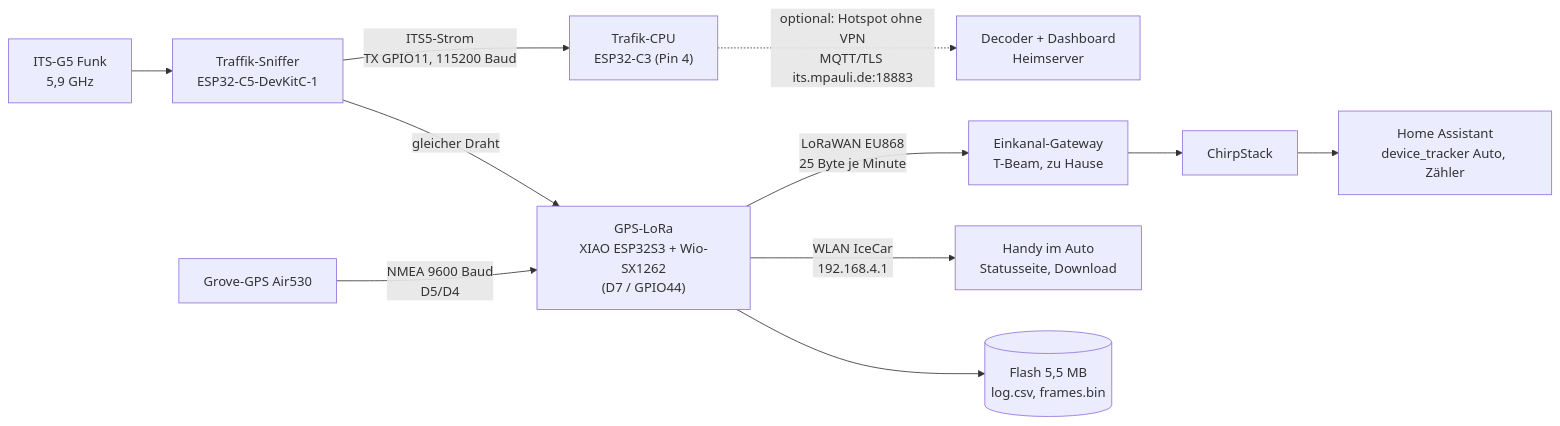
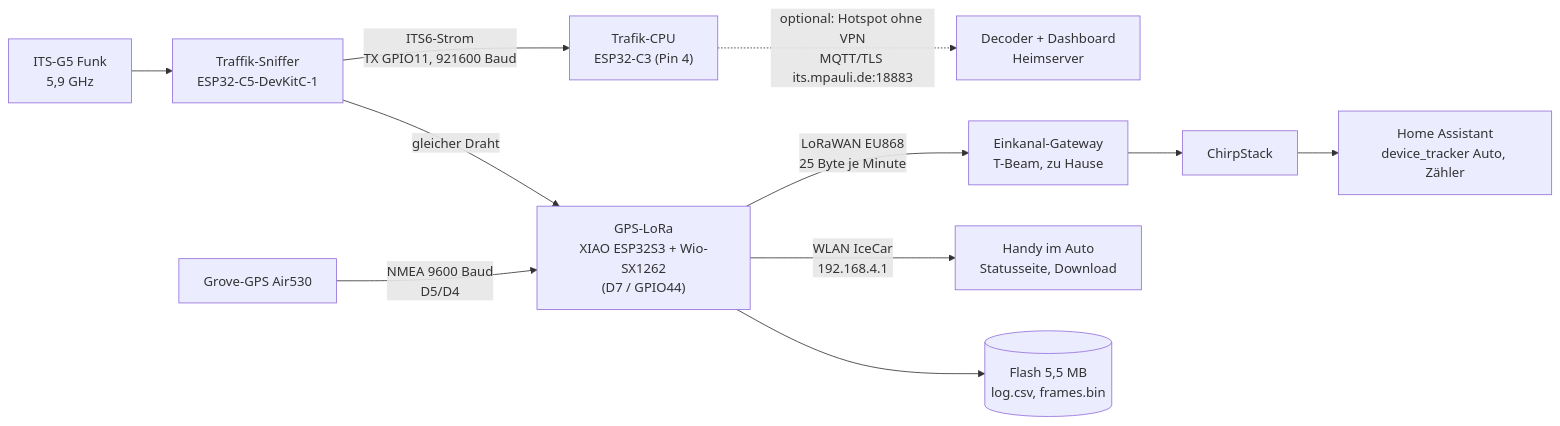
Before and after one commit to icepaule/Ice-Traffic-Data: the diagram in docs/diagrams/18-datenfluss-0.mmd, drawn with Mermaid. The commit also changed 7 other files, not shown here.

Commit message:
Doku: ITS6, 921600 Baud, Mitschnitt aller Pakete, neue Log-Spalten

```diff
--- a/docs/diagrams/18-datenfluss-0.mmd
+++ b/docs/diagrams/18-datenfluss-0.mmd
@@ -1,10 +1,10 @@
 flowchart LR
     ANT["ITS-G5 Funk<br/>5,9 GHz"] --> SN["Traffik-Sniffer<br/>ESP32-C5-DevKitC-1"]
-    SN -- "ITS5-Strom<br/>TX GPIO11, 115200 Baud" --> CPU["Trafik-CPU<br/>ESP32-C3 (Pin 4)"]
+    SN -- "ITS6-Strom<br/>TX GPIO11, 921600 Baud" --> CPU["Trafik-CPU<br/>ESP32-C3 (Pin 4)"]
     SN -- "gleicher Draht" --> GL["GPS-LoRa<br/>XIAO ESP32S3 + Wio-SX1262<br/>(D7 / GPIO44)"]
     GPS["Grove-GPS Air530"] -- "NMEA 9600 Baud<br/>D5/D4" --> GL
     GL -- "LoRaWAN EU868<br/>25 Byte je Minute" --> GW["Einkanal-Gateway<br/>T-Beam, zu Hause"]
     GW --> CS["ChirpStack"] --> HA["Home Assistant<br/>device_tracker Auto, Zähler"]
     GL -- "WLAN IceCar<br/>192.168.4.1" --> PH["Handy im Auto<br/>Statusseite, Download"]
     GL --> FL[("Flash 5,5 MB<br/>log.csv, frames.bin")]
     CPU -. "optional: Hotspot ohne VPN<br/>MQTT/TLS its.mpauli.de:18883" .-> DEC["Decoder + Dashboard<br/>Heimserver"]
```
